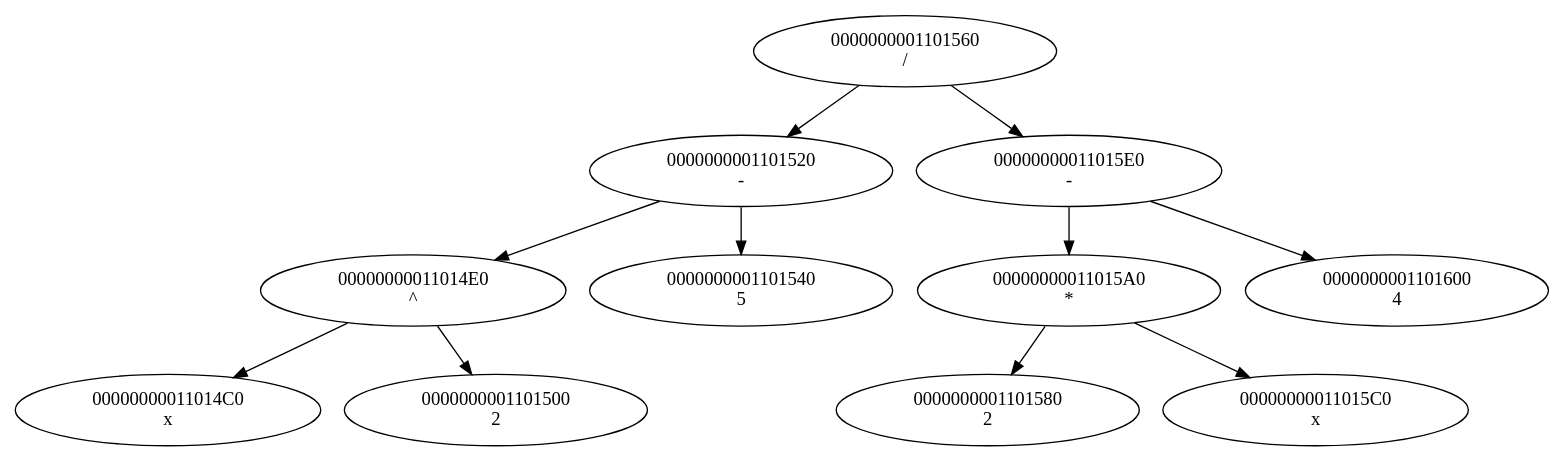
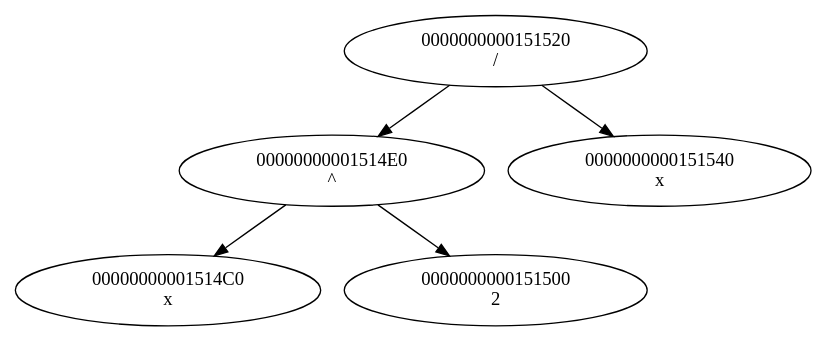
Before and after one commit to levasemin/Diff: the diagram in database_files/read_graph.dot, drawn with Graphviz. The commit also changed 22 other files, not shown here.

```diff
--- a/database_files/read_graph.dot
+++ b/database_files/read_graph.dot
@@ -1,44 +1,20 @@
 digraph G{
-"0000000001101560
-/"->"0000000001101520
--";
-"0000000001101560
-/"->"00000000011015E0
--";
-"0000000001101520
--"->"00000000011014E0
+"0000000000151520
+/"->"00000000001514E0
 ^";
-"0000000001101520
--"->"0000000001101540
-5";
-"00000000011014E0
-^"->"00000000011014C0
+"0000000000151520
+/"->"0000000000151540
 x";
-"00000000011014E0
-^"->"0000000001101500
+"00000000001514E0
+^"->"00000000001514C0
+x";
+"00000000001514E0
+^"->"0000000000151500
 2";
-"00000000011014C0
+"00000000001514C0
 x";
-"0000000001101500
+"0000000000151500
 2";
-"0000000001101540
-5";
-"00000000011015E0
--"->"00000000011015A0
-*";
-"00000000011015E0
--"->"0000000001101600
-4";
-"00000000011015A0
-*"->"0000000001101580
-2";
-"00000000011015A0
-*"->"00000000011015C0
+"0000000000151540
 x";
-"0000000001101580
-2";
-"00000000011015C0
-x";
-"0000000001101600
-4";
 }
```
